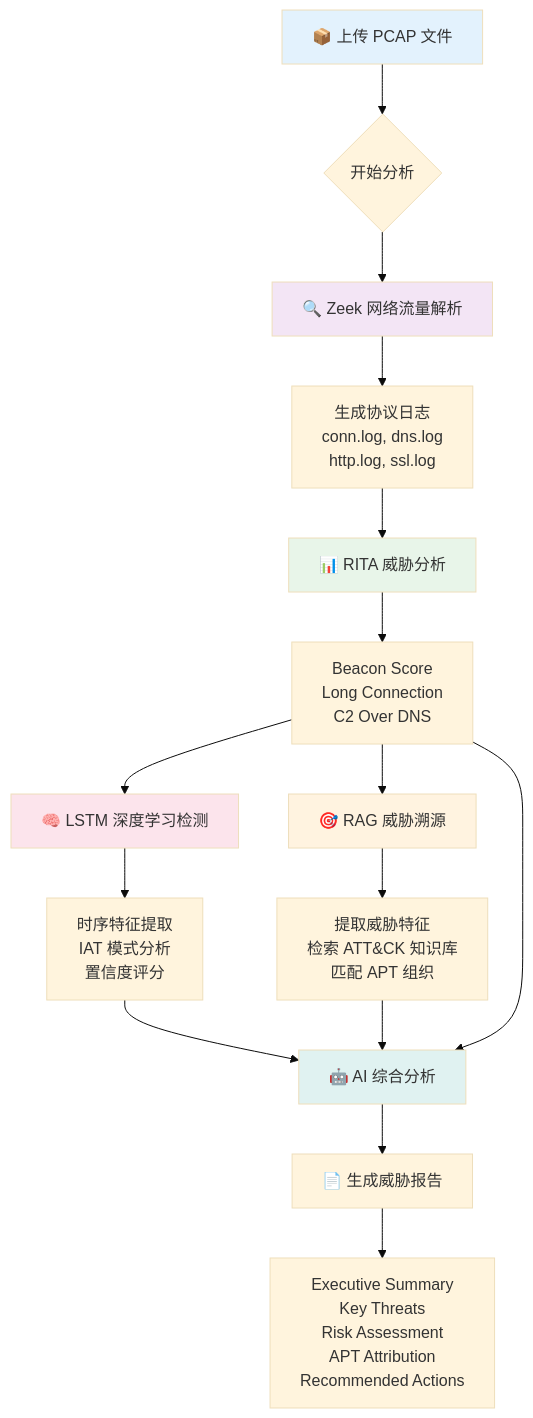
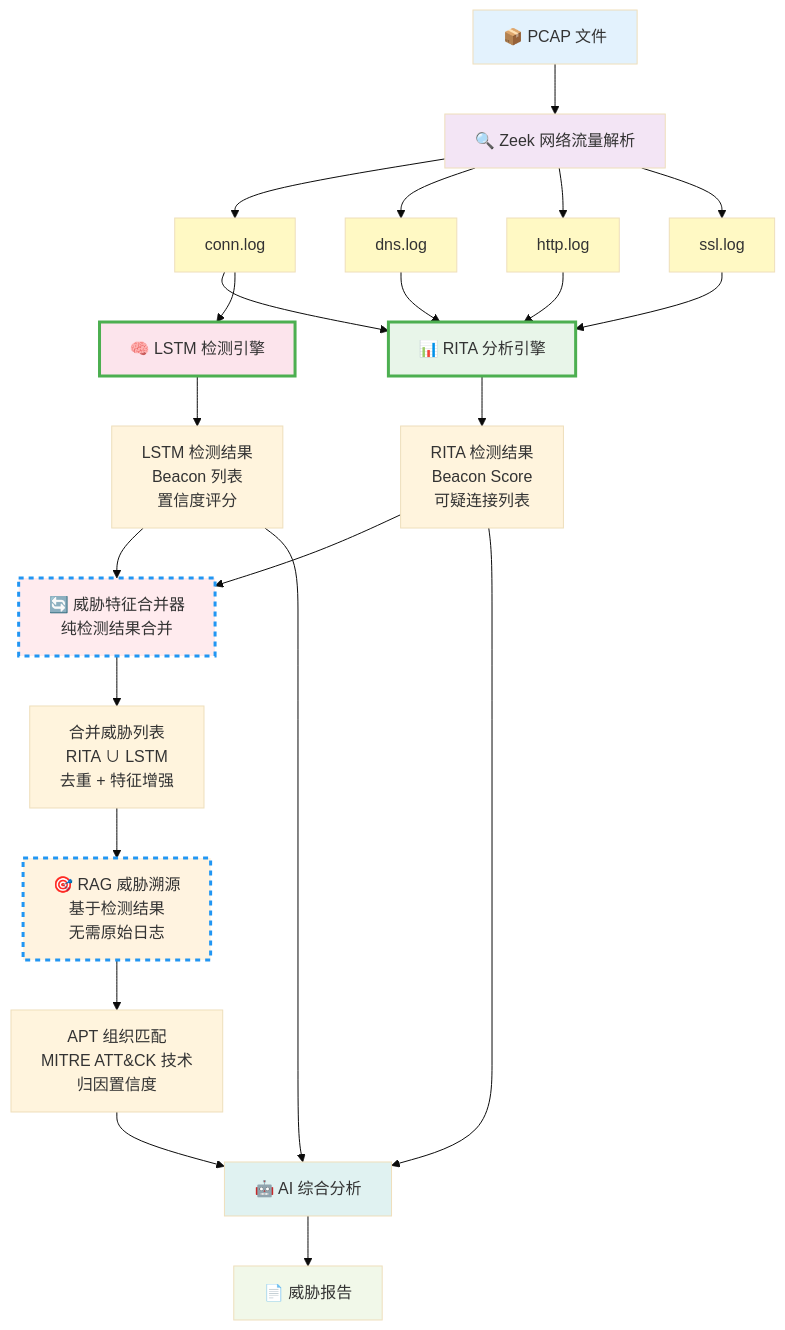
One commit to date727/Xonme changed the diagram in README.md. Above: the diagram before and after it, drawn with Mermaid (base theme). The commit also changed 8 other files, not shown here.

````diff
--- a/README.md
+++ b/README.md
@@ -7,31 +7,54 @@
 ```mermaid
 graph TB
-    A[📦 上传 PCAP 文件] --> B{开始分析}
+    A[📦 PCAP 文件] --> B[🔍 Zeek 网络流量解析]
     
-    B --> C[🔍 Zeek 网络流量解析]
-    C --> C1[生成协议日志<br/>conn.log, dns.log<br/>http.log, ssl.log]
+    B --> C1[conn.log]
+    B --> C2[dns.log]
+    B --> C3[http.log]
+    B --> C4[ssl.log]
     
-    C1 --> D[📊 RITA 威胁分析]
-    D --> D1[Beacon Score<br/>Long Connection<br/>C2 Over DNS]
+    C1 --> D[📊 RITA 分析引擎]
+    C2 --> D
+    C3 --> D
+    C4 --> D
     
-    D1 --> E[🧠 LSTM 深度学习检测]
-    E --> E1[时序特征提取<br/>IAT 模式分析<br/>置信度评分]
+    C1 --> E[🧠 LSTM 检测引擎]
     
-    D1 --> F[🎯 RAG 威胁溯源]
-    F --> F1[提取威胁特征<br/>检索 ATT&CK 知识库<br/>匹配 APT 组织]
+    D --> D1[RITA 检测结果<br/>Beacon Score<br/>可疑连接列表]
     
-    E1 --> G[🤖 AI 综合分析]
-    F1 --> G
-    D1 --> G
+    E --> E1[LSTM 检测结果<br/>Beacon 列表<br/>置信度评分]
     
-    G --> H[📄 生成威胁报告]
-    H --> I[Executive Summary<br/>Key Threats<br/>Risk Assessment<br/>APT Attribution<br/>Recommended Actions]
+    D1 --> F[🔄 威胁特征合并器<br/>纯检测结果合并]
+    E1 --> F
+    
+    F --> F1[合并威胁列表<br/>RITA ∪ LSTM<br/>去重 + 特征增强]
+    
+    F1 --> G[🎯 RAG 威胁溯源<br/>基于检测结果<br/>无需原始日志]
+    
+    G --> G1[APT 组织匹配<br/>MITRE ATT&CK 技术<br/>归因置信度]
+    
+    D1 --> H[🤖 AI 综合分析]
+    E1 --> H
+    G1 --> H
+    
+    H --> I[📄 威胁报告]
     
     style A fill:#e3f2fd
-    style C fill:#f3e5f5
+    style B fill:#f3e5f5
+    style C1 fill:#fff9c4
+    style C2 fill:#fff9c4
+    style C3 fill:#fff9c4
+    style C4 fill:#fff9c4
     style D fill:#e8f5e9
     style E fill:#fce4ec
-    style F fill:#fff3e0
-    style G fill:#e0f2f1
-    style H fill:#f1
+    style F fill:#ffebee
+    style G fill:#fff3e0
+    style H fill:#e0f2f1
+    style I fill:#f1f8e9
+    
+    classDef independent stroke:#4caf50,stroke-width:3px
+    class D,E independent
+    
+    classDef noZeek stroke:#2196f3,stroke-width:3px,stroke-dasharray: 5 5
+    class F,G noZeek
 ```
````
